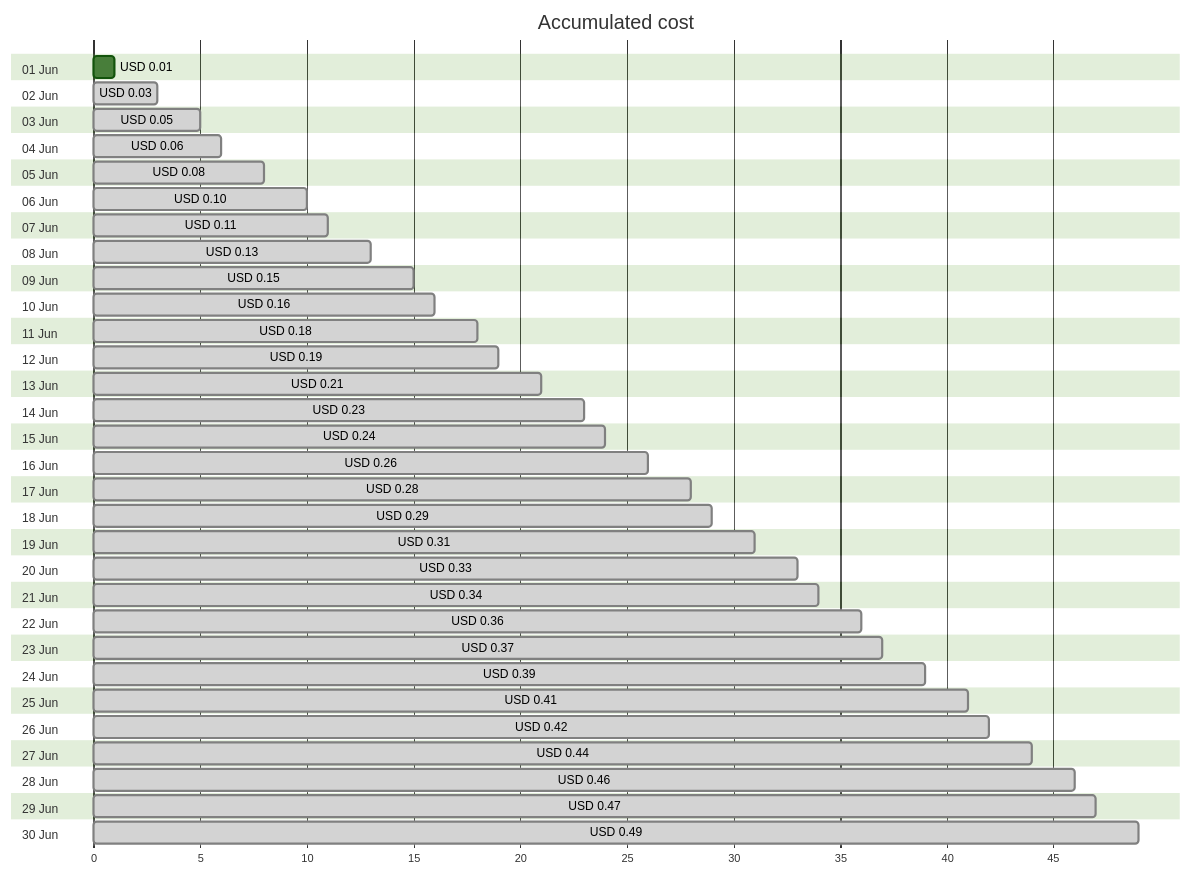
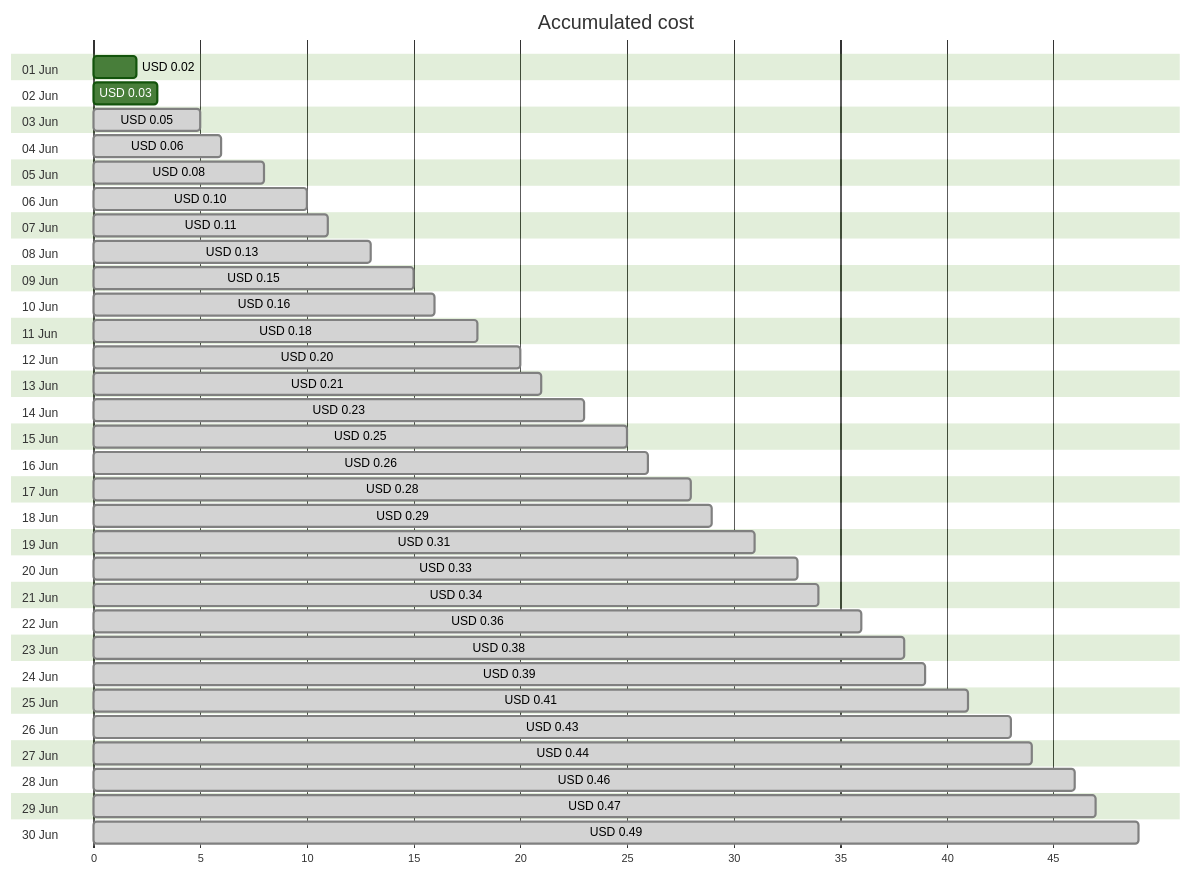
One commit to jpfulton/azure-personal-reports changed the first of 4 diagrams in cost-reports/personal-dns/jpatrickfulton.dev.md. Above: the diagram before and after it, drawn with Mermaid (forest theme). The commit also changed other lines of this file and 2 other files, not shown here.

````diff
--- a/cost-reports/personal-dns/jpatrickfulton.dev.md
+++ b/cost-reports/personal-dns/jpatrickfulton.dev.md
@@ -20,66 +20,66 @@
 ```mermaid
 gantt
    title Accumulated cost
    dateFormat  X
    axisFormat %s
    section 01 Jun
-   USD 0.01 :0, 1
+   USD 0.02 :0, 2
    section 02 Jun
-   USD 0.03 : done, 0, 3
+   USD 0.03 :0, 3
    section 03 Jun
    USD 0.05 : done, 0, 5
    section 04 Jun
    USD 0.06 : done, 0, 6
    section 05 Jun
    USD 0.08 : done, 0, 8
    section 06 Jun
    USD 0.10 : done, 0, 10
    section 07 Jun
    USD 0.11 : done, 0, 11
    section 08 Jun
    USD 0.13 : done, 0, 13
    section 09 Jun
    USD 0.15 : done, 0, 15
    section 10 Jun
    USD 0.16 : done, 0, 16
    section 11 Jun
    USD 0.18 : done, 0, 18
    section 12 Jun
-   USD 0.19 : done, 0, 19
+   USD 0.20 : done, 0, 20
    section 13 Jun
    USD 0.21 : done, 0, 21
    section 14 Jun
    USD 0.23 : done, 0, 23
    section 15 Jun
-   USD 0.24 : done, 0, 24
+   USD 0.25 : done, 0, 25
    section 16 Jun
    USD 0.26 : done, 0, 26
    section 17 Jun
    USD 0.28 : done, 0, 28
    section 18 Jun
    USD 0.29 : done, 0, 29
    section 19 Jun
    USD 0.31 : done, 0, 31
    section 20 Jun
    USD 0.33 : done, 0, 33
    section 21 Jun
    USD 0.34 : done, 0, 34
    section 22 Jun
    USD 0.36 : done, 0, 36
    section 23 Jun
-   USD 0.37 : done, 0, 37
+   USD 0.38 : done, 0, 38
    section 24 Jun
    USD 0.39 : done, 0, 39
    section 25 Jun
    USD 0.41 : done, 0, 41
    section 26 Jun
-   USD 0.42 : done, 0, 42
+   USD 0.43 : done, 0, 43
    section 27 Jun
    USD 0.44 : done, 0, 44
    section 28 Jun
    USD 0.46 : done, 0, 46
    section 29 Jun
    USD 0.47 : done, 0, 47
    section 30 Jun
    USD 0.49 : done, 0, 49
 ```
````
